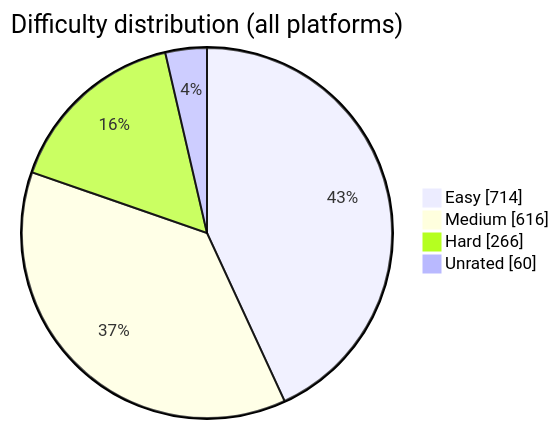
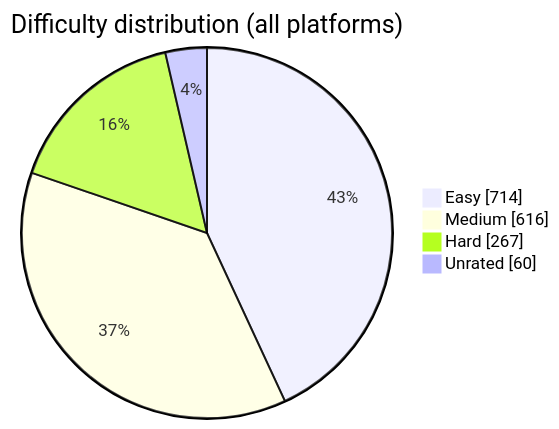
Before and after one commit to BuildbyArindam/Daily-Coding-Log: the diagram in README.md, drawn with Mermaid. The commit also changed other lines of this file, not shown here.

````diff
--- a/README.md
+++ b/README.md
@@ -93,7 +93,7 @@
 ```mermaid
 pie showData title Difficulty distribution (all platforms)
     "Easy" : 714
     "Medium" : 616
-    "Hard" : 266
+    "Hard" : 267
     "Unrated" : 60
 ```
````
